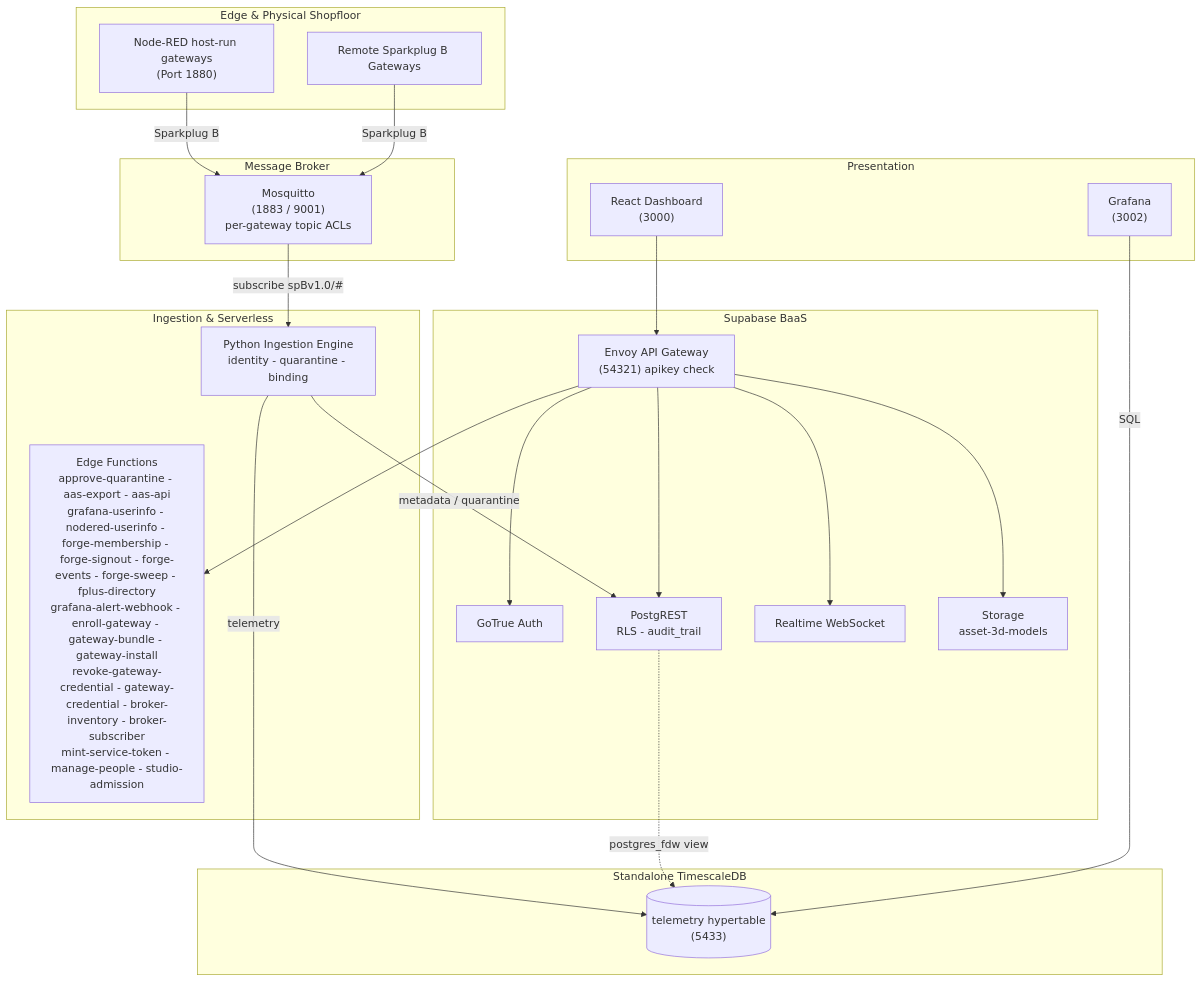
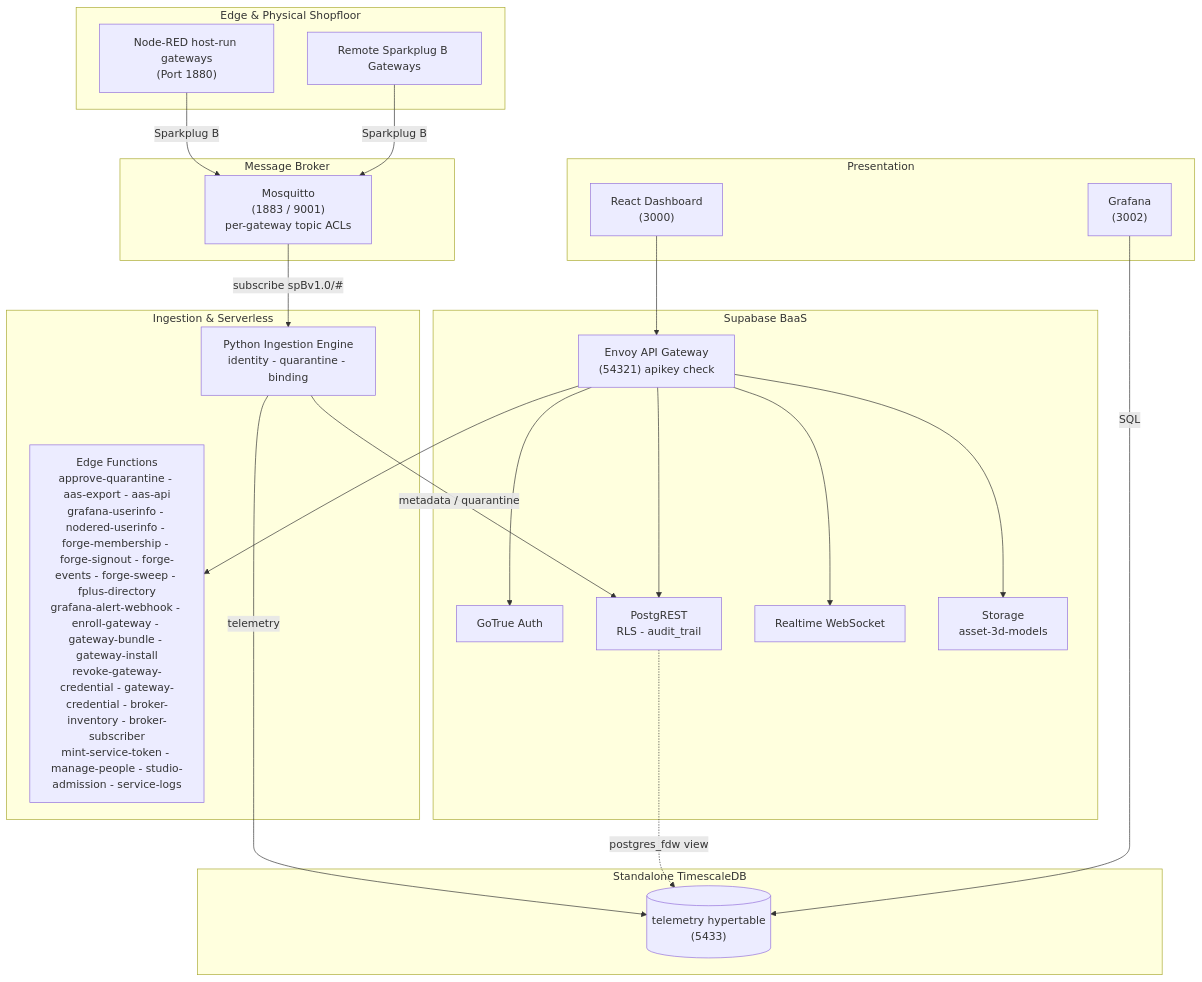
The diagram in docs/architecture.md (Harri-Llewelyn/Aber), drawn with Mermaid before and after one commit. The commit also changed other lines of this file and 17 other files, not shown here.

First line of the commit message:
An Administrator reads a service's recent log lines through service-logs, and each new read is recorded

````diff
--- a/docs/architecture.md
+++ b/docs/architecture.md
@@ -43,47 +43,47 @@
 ```mermaid
 flowchart TB
     subgraph Edge ["Edge & Physical Shopfloor"]
         NR["Node-RED host-run gateways<br/>(Port 1880)"]
         DEV["Remote Sparkplug B Gateways"]
     end
 
     subgraph Messaging ["Message Broker"]
         MQTT["Mosquitto<br/>(1883 / 9001)<br/>per-gateway topic ACLs"]
     end
 
     subgraph Processing ["Ingestion & Serverless"]
         ING["Python Ingestion Engine<br/>identity - quarantine - binding"]
-        EF["Edge Functions<br/>approve-quarantine - aas-export - aas-api<br/>grafana-userinfo - nodered-userinfo - forge-membership - forge-signout - forge-events - forge-sweep - fplus-directory<br/>grafana-alert-webhook - enroll-gateway - gateway-bundle - gateway-install<br/>revoke-gateway-credential - gateway-credential - broker-inventory - broker-subscriber<br/>mint-service-token - manage-people - studio-admission"]
+        EF["Edge Functions<br/>approve-quarantine - aas-export - aas-api<br/>grafana-userinfo - nodered-userinfo - forge-membership - forge-signout - forge-events - forge-sweep - fplus-directory<br/>grafana-alert-webhook - enroll-gateway - gateway-bundle - gateway-install<br/>revoke-gateway-credential - gateway-credential - broker-inventory - broker-subscriber<br/>mint-service-token - manage-people - studio-admission - service-logs"]
     end
 
     subgraph Supabase ["Supabase BaaS"]
         GW["Envoy API Gateway<br/>(54321) apikey check"]
         AUTH["GoTrue Auth"]
         PGRST["PostgREST<br/>RLS - audit_trail"]
         RT["Realtime WebSocket"]
         STO["Storage<br/>asset-3d-models"]
     end
 
     subgraph TSDB ["Standalone TimescaleDB"]
         TS[("telemetry hypertable<br/>(5433)")]
     end
 
     subgraph UX ["Presentation"]
         UI["React Dashboard<br/>(3000)"]
         GRAF["Grafana<br/>(3002)"]
     end
 
     NR -->|Sparkplug B| MQTT
     DEV -->|Sparkplug B| MQTT
     MQTT -->|subscribe spBv1.0/#| ING
     ING -->|metadata / quarantine| PGRST
     ING -->|telemetry| TS
     UI --> GW
     GW --> AUTH
     GW --> PGRST
     GW --> RT
     GW --> STO
     GW --> EF
     PGRST -.->|postgres_fdw view| TS
     GRAF -->|SQL| TS
 ```
````
